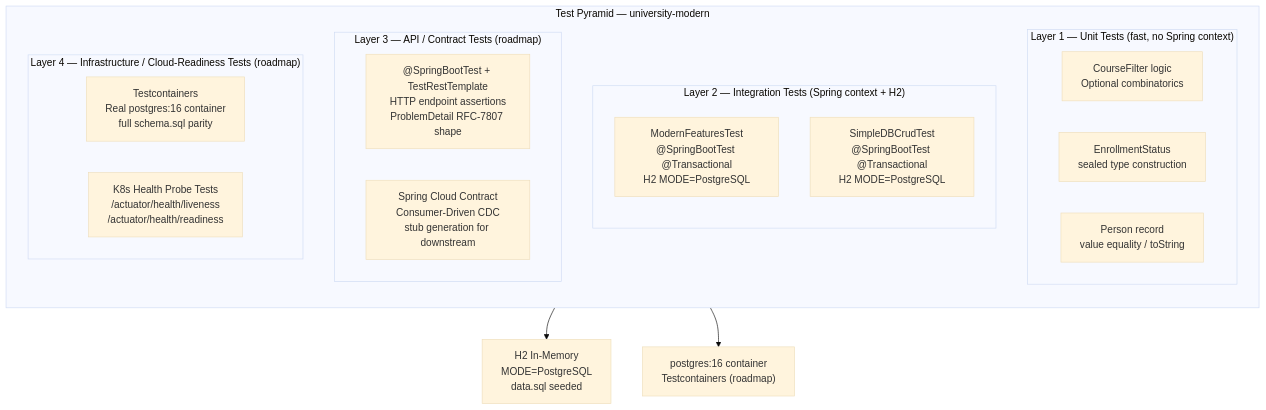
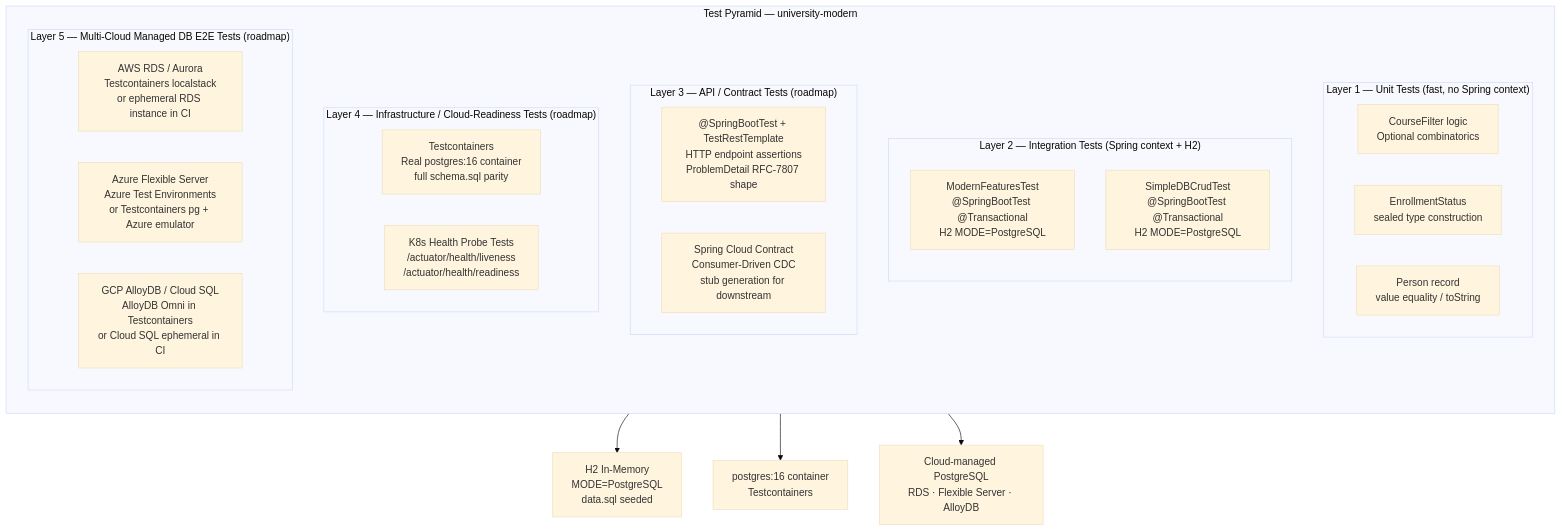
The tenth of 11 diagrams in ARCHITECTURE.md (calvinlee999/Java_Spring_Microservice), drawn with Mermaid (base theme) before and after one commit. The commit also changed other lines of this file, not shown here.

Commit message:
docs: Enhance 4.5 multi-cloud PostgreSQL data tier (RDS/Aurora/Flexible Server/Cosmos DB PG/Cloud SQL/AlloyDB) + 4.6 E2E cloud DB testing

````diff
--- a/ARCHITECTURE.md
+++ b/ARCHITECTURE.md
@@ -830,34 +914,42 @@
 ```mermaid
 flowchart TB
     subgraph PYRAMID["Test Pyramid — university-modern"]
         direction TB
 
         subgraph L1["Layer 1 — Unit Tests (fast, no Spring context)"]
             U1["CourseFilter logic\nOptional combinatorics"]
             U2["EnrollmentStatus\nsealed type construction"]
             U3["Person record\nvalue equality / toString"]
         end
 
         subgraph L2["Layer 2 — Integration Tests (Spring context + H2)"]
             direction TB
             MT["ModernFeaturesTest\n@SpringBootTest @Transactional\nH2 MODE=PostgreSQL"]
             CT["SimpleDBCrudTest\n@SpringBootTest @Transactional\nH2 MODE=PostgreSQL"]
         end
 
         subgraph L3["Layer 3 — API / Contract Tests (roadmap)"]
             AT["@SpringBootTest + TestRestTemplate\nHTTP endpoint assertions\nProblemDetail RFC-7807 shape"]
             SC2["Spring Cloud Contract\nConsumer-Driven CDC\nstub generation for downstream"]
         end
 
         subgraph L4["Layer 4 — Infrastructure / Cloud-Readiness Tests (roadmap)"]
             TC["Testcontainers\nReal postgres:16 container\nfull schema.sql parity"]
             HLT["K8s Health Probe Tests\n/actuator/health/liveness\n/actuator/health/readiness"]
         end
+
+        subgraph L5["Layer 5 — Multi-Cloud Managed DB E2E Tests (roadmap)"]
+            RDS_T["AWS RDS / Aurora\nTestcontainers localstack\nor ephemeral RDS instance in CI"]
+            FLEX_T["Azure Flexible Server\nAzure Test Environments\nor Testcontainers pg + Azure emulator"]
+            ALLOY_T["GCP AlloyDB / Cloud SQL\nAlloyDB Omni in Testcontainers\nor Cloud SQL ephemeral in CI"]
+        end
     end
 
     H2["H2 In-Memory\nMODE=PostgreSQL\ndata.sql seeded"]
-    PG_REAL["postgres:16 container\nTestcontainers (roadmap)"]
+    PG_REAL["postgres:16 container\nTestcontainers"]
+    PG_CLOUD["Cloud-managed PostgreSQL\nRDS · Flexible Server · AlloyDB"]
 
     L2 --> H2
     L4 --> PG_REAL
+    L5 --> PG_CLOUD
 ```
````
